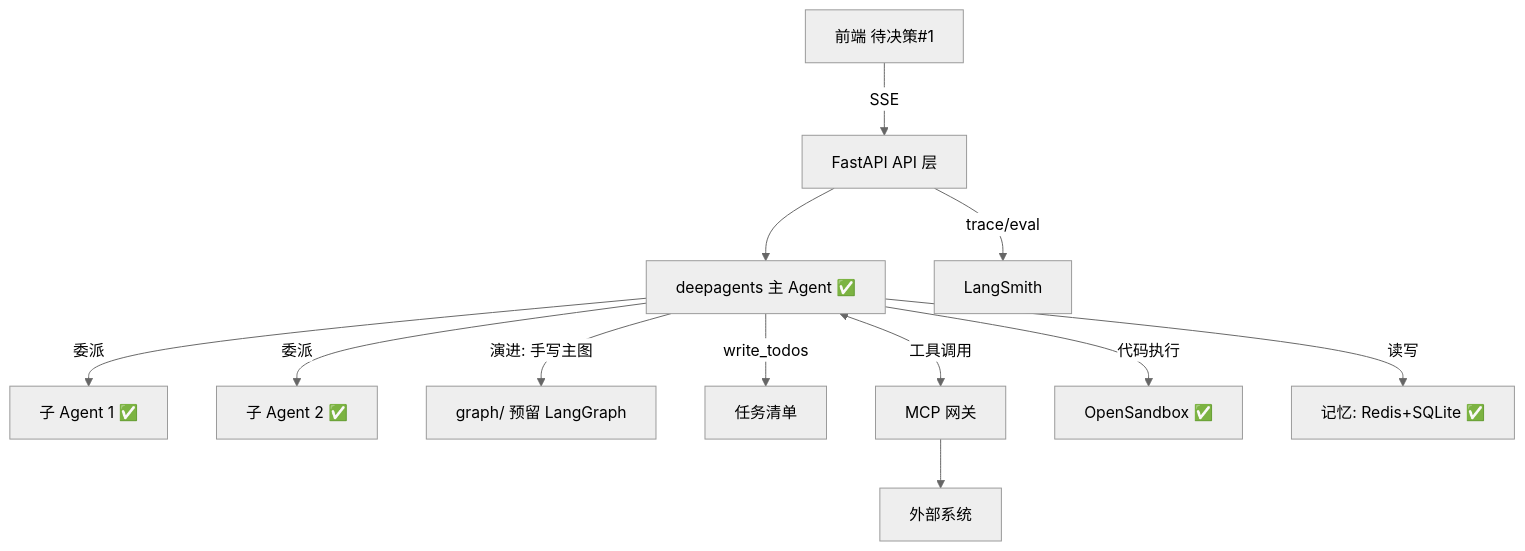
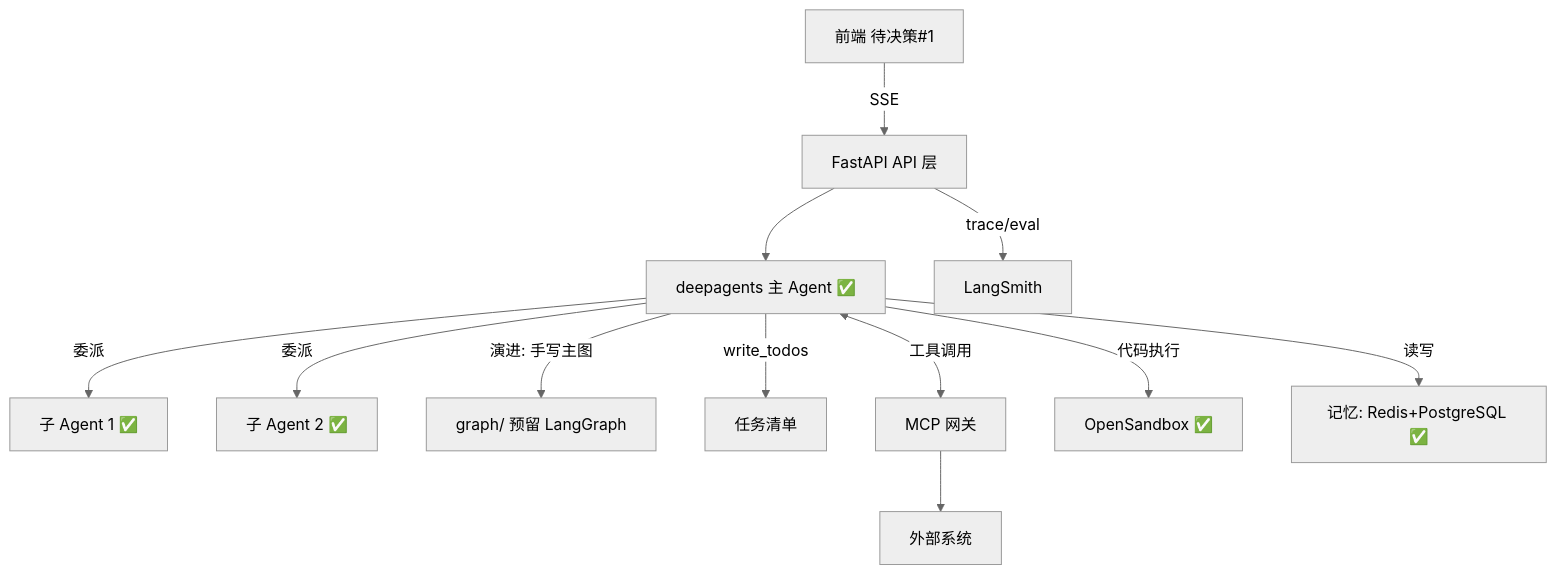
One commit to wuLa0702/multi_agent changed the diagram in docs/架构/多agent项目-架构目录.md. Above: the diagram before and after it, drawn with Mermaid (neutral theme). The commit also changed other lines of this file and 5 other files, not shown here.

````diff
--- a/docs/架构/多agent项目-架构目录.md
+++ b/docs/架构/多agent项目-架构目录.md
@@ -82,14 +83,14 @@
 ```mermaid
 flowchart TB
     F[前端 待决策#1] -->|SSE| A[FastAPI API 层]
     A --> G[deepagents 主 Agent ✅]
     G -->|委派| S1[子 Agent 1 ✅]
     G -->|委派| S2[子 Agent 2 ✅]
     G -->|演进: 手写主图| H[graph/ 预留 LangGraph]
     G -->|write_todos| T[任务清单]
     G <-->|工具调用| M[MCP 网关]
     M --> E1[外部系统]
     G -->|代码执行| SB[OpenSandbox ✅]
-    G -->|读写| MEM[记忆: Redis+SQLite ✅]
+    G -->|读写| MEM[记忆: Redis+PostgreSQL ✅]
     A -->|trace/eval| LS[LangSmith]
 ```
````
